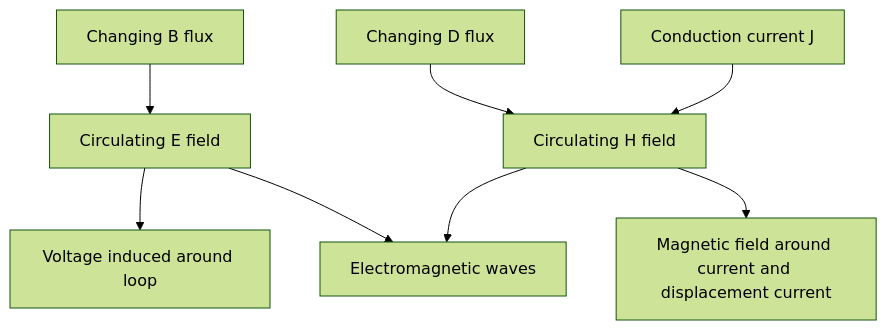
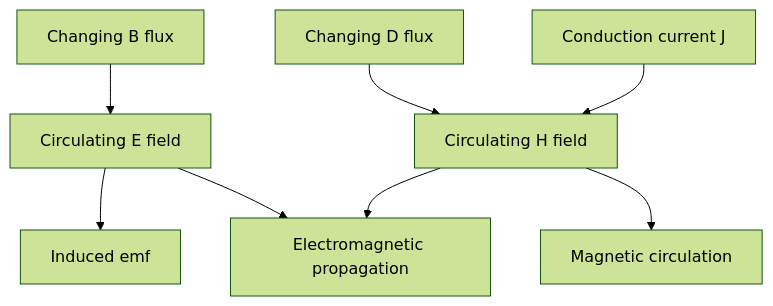
The diagram in docs/physics/electromagnetics/maxwell-equations-time-varying-fields.md (justinbrianhwang/SJ-wiki), drawn with Mermaid (forest theme) before and after one commit. The commit also changed other lines of this file and 166 other files, not shown here.

````diff
--- a/docs/physics/electromagnetics/maxwell-equations-time-varying-fields.md
+++ b/docs/physics/electromagnetics/maxwell-equations-time-varying-fields.md
@@ -145,10 +284,10 @@
 ```mermaid
 flowchart TD
-  A[Changing B flux] --> B[Circulating E field]
-  B --> C[Voltage induced around loop]
-  D[Changing D flux] --> E[Circulating H field]
-  F[Conduction current J] --> E
-  E --> G[Magnetic field around current and displacement current]
-  B --> H[Electromagnetic waves]
+  A["Changing B flux"] --> B["Circulating E field"]
+  B --> C["Induced emf"]
+  D["Changing D flux"] --> E["Circulating H field"]
+  F["Conduction current J"] --> E
+  E --> G["Magnetic circulation"]
+  B --> H["Electromagnetic propagation"]
   E --> H
 ```
````
